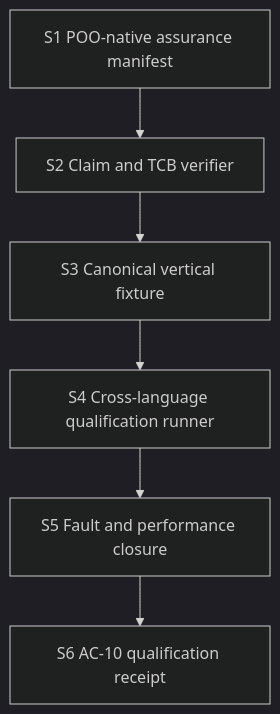
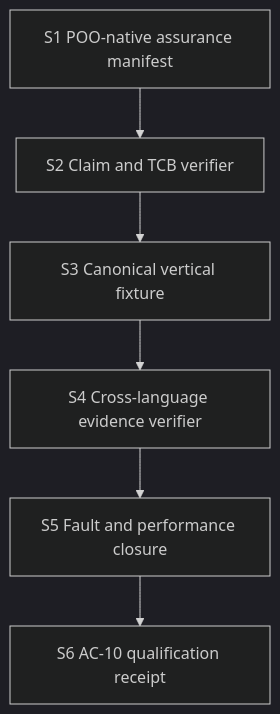
One commit to tao3k/poo-flow changed the diagram in docs/10-19-design/10.06-poo-module-system/131-agentic-control-plane-ac10-implementation-plan.org. Above: the diagram before and after it, drawn with Mermaid (dark theme). The commit also changed other lines of this file and 2533 other files, not shown here.

```diff
--- a/docs/10-19-design/10.06-poo-module-system/131-agentic-control-plane-ac10-implementation-plan.org
+++ b/docs/10-19-design/10.06-poo-module-system/131-agentic-control-plane-ac10-implementation-plan.org
@@ -14,8 +18,8 @@
 #+begin_src mermaid
 flowchart TD
     S1["S1 POO-native assurance manifest"] --> S2["S2 Claim and TCB verifier"]
     S2 --> S3["S3 Canonical vertical fixture"]
-    S3 --> S4["S4 Cross-language qualification runner"]
+    S3 --> S4["S4 Cross-language evidence verifier"]
     S4 --> S5["S5 Fault and performance closure"]
     S5 --> S6["S6 AC-10 qualification receipt"]
 #+end_src
```
